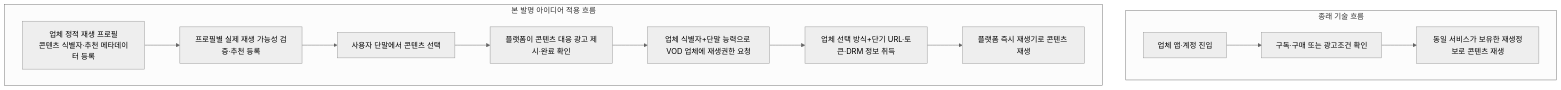
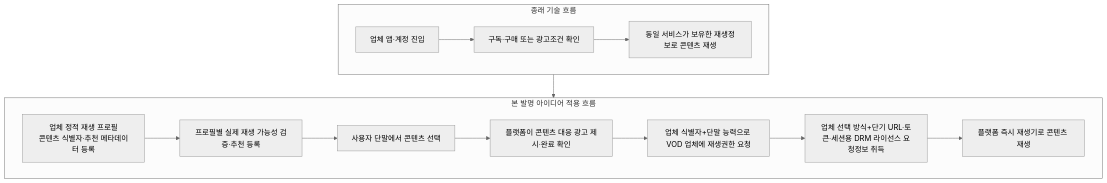
The first of 11 diagrams in instant_play_직무발명서.md (growdai1y/instant-play), drawn with Mermaid (neutral theme) before and after one commit. The commit also changed other lines of this file, not shown here.

Commit message:
Clarify DRM license acquisition flow

````diff
--- a/instant_play_직무발명서.md
+++ b/instant_play_직무발명서.md
@@ -82,16 +81,18 @@
 ```mermaid
 flowchart TB
     subgraph OLD["종래 기술 흐름"]
         O1["업체 앱·계정 진입"] --> O2["구독·구매 또는 광고조건 확인"]
         O2 --> O3["동일 서비스가 보유한 재생정보로 콘텐츠 재생"]
     end
 
     subgraph NEW["본 발명 아이디어 적용 흐름"]
         N1["업체 정적 재생 프로필<br/>콘텐츠 식별자·추천 메타데이터 등록"] --> N2["프로필별 실제 재생 가능성 검증·추천 등록"]
         N2 --> N3["사용자 단말에서 콘텐츠 선택"]
         N3 --> N4["플랫폼이 콘텐츠 대응 광고 제시·완료 확인"]
         N4 --> N5["업체 식별자+단말 능력으로 VOD 업체에 재생권한 요청"]
-        N5 --> N6["업체 선택 방식+단기 URL·토큰·DRM 정보 취득"]
+        N5 --> N6["업체 선택 방식+단기 URL·토큰·세션용 DRM 라이선스 요청정보 취득"]
         N6 --> N7["플랫폼 즉시 재생기로 콘텐츠 재생"]
     end
+
+    OLD --> NEW
 ```
````
